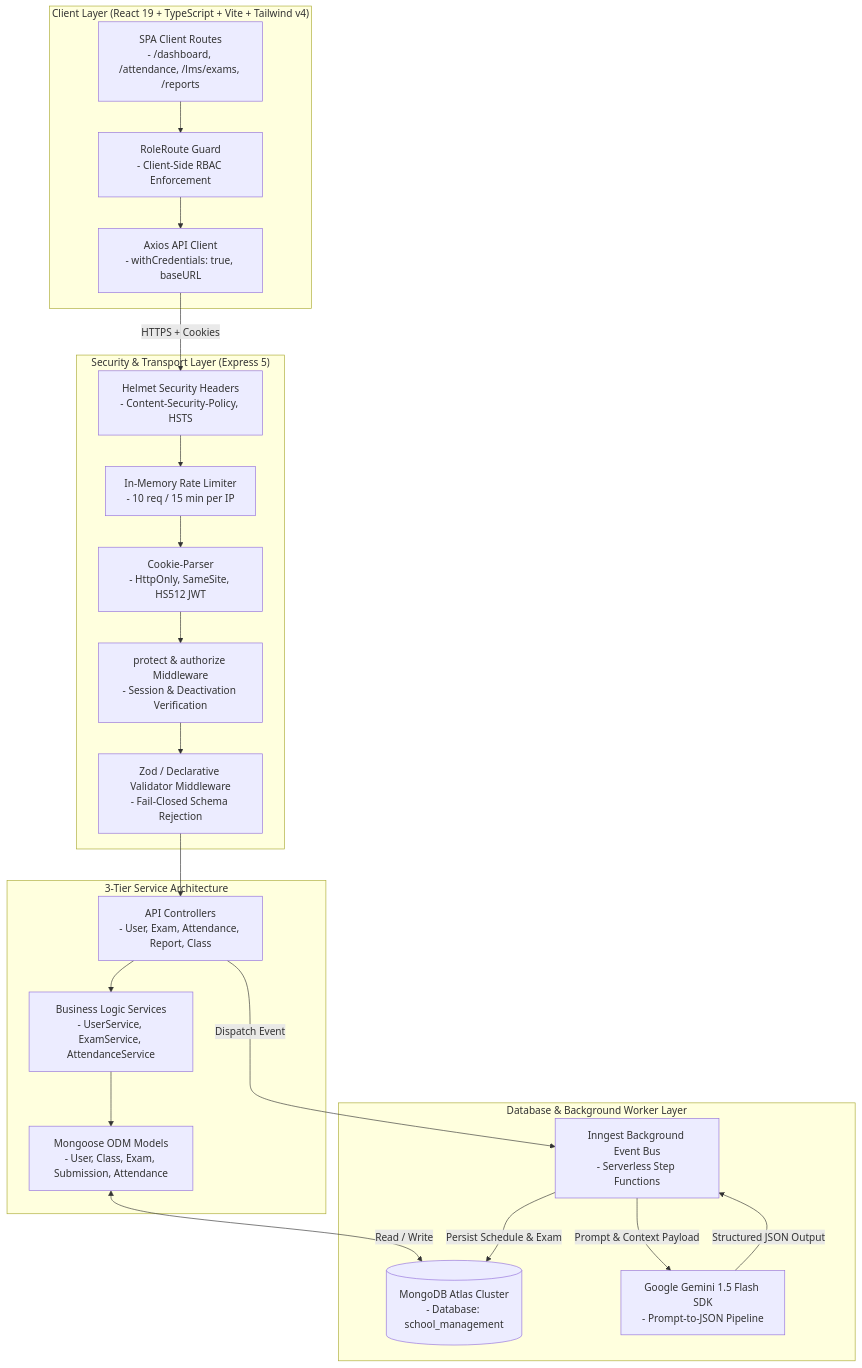
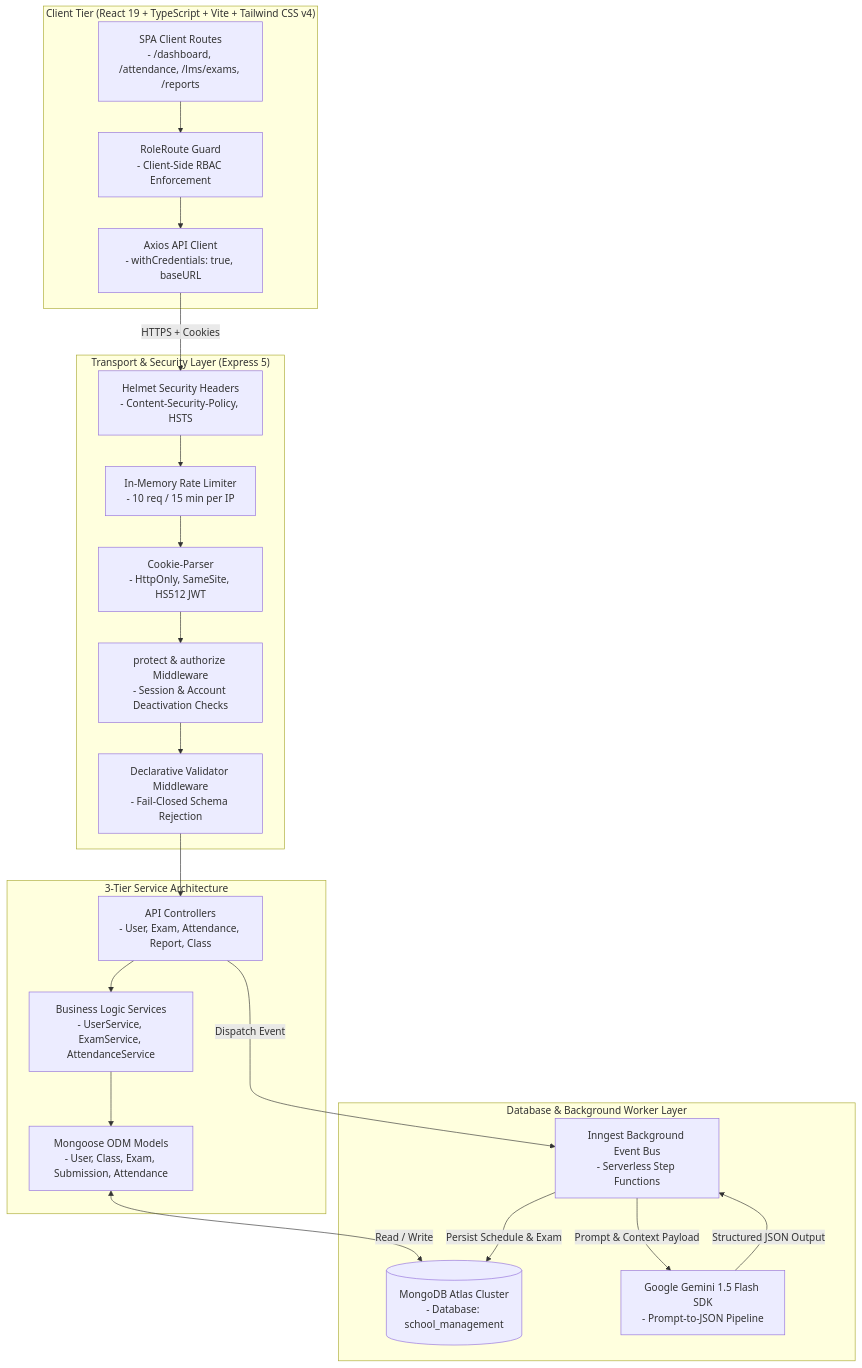
The first of 2 diagrams in readme.md (Sekhar01807/School-Management), drawn with Mermaid before and after one commit. The commit also changed other lines of this file, not shown here.

````diff
--- a/readme.md
+++ b/readme.md
@@ -142,54 +125,54 @@
 ```mermaid
 flowchart TD
-    subgraph FrontendLayer ["Client Layer (React 19 + TypeScript + Vite + Tailwind v4)"]
+    subgraph ClientTier ["Client Tier (React 19 + TypeScript + Vite + Tailwind CSS v4)"]
         UI["SPA Client Routes
 - /dashboard, /attendance, /lms/exams, /reports"]
         RoleGuard["RoleRoute Guard
 - Client-Side RBAC Enforcement"]
         AxiosClient["Axios API Client
 - withCredentials: true, baseURL"]
         UI --> RoleGuard --> AxiosClient
     end
 
-    subgraph TransportSecurity ["Security & Transport Layer (Express 5)"]
+    subgraph SecurityTransport ["Transport & Security Layer (Express 5)"]
         HelmetMid["Helmet Security Headers
 - Content-Security-Policy, HSTS"]
         RateLimiter["In-Memory Rate Limiter
 - 10 req / 15 min per IP"]
         CookieParser["Cookie-Parser
 - HttpOnly, SameSite, HS512 JWT"]
         AuthMiddleware["protect & authorize Middleware
-- Session & Deactivation Verification"]
-        ValidationPipe["Zod / Declarative Validator Middleware
+- Session & Account Deactivation Checks"]
+        ValidationPipe["Declarative Validator Middleware
 - Fail-Closed Schema Rejection"]
         
         AxiosClient -->|"HTTPS + Cookies"| HelmetMid
         HelmetMid --> RateLimiter --> CookieParser --> AuthMiddleware --> ValidationPipe
     end
 
     subgraph ServiceLayer ["3-Tier Service Architecture"]
         Controllers["API Controllers
 - User, Exam, Attendance, Report, Class"]
         Services["Business Logic Services
 - UserService, ExamService, AttendanceService"]
         MongooseModels["Mongoose ODM Models
 - User, Class, Exam, Submission, Attendance"]
         
         ValidationPipe --> Controllers --> Services --> MongooseModels
     end
 
     subgraph DataAndAI ["Database & Background Worker Layer"]
         MongoDB[("MongoDB Atlas Cluster
 - Database: school_management")]
         InngestWorker["Inngest Background Event Bus
 - Serverless Step Functions"]
         GeminiAI["Google Gemini 1.5 Flash SDK
 - Prompt-to-JSON Pipeline"]
         
         MongooseModels <-->|"Read / Write"| MongoDB
         Controllers -->|"Dispatch Event"| InngestWorker
         InngestWorker -->|"Prompt & Context Payload"| GeminiAI
         GeminiAI -->|"Structured JSON Output"| InngestWorker
         InngestWorker -->|"Persist Schedule & Exam"| MongoDB
     end
 ```
````
